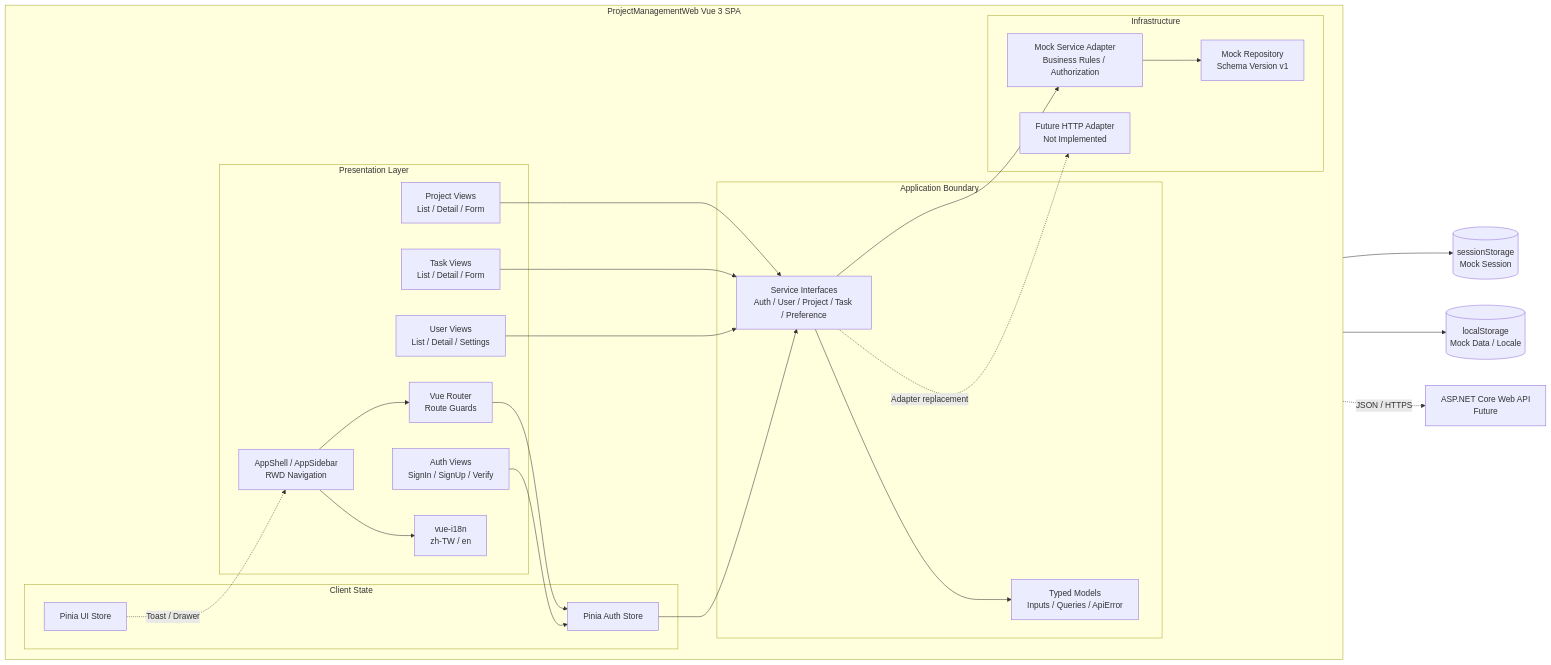
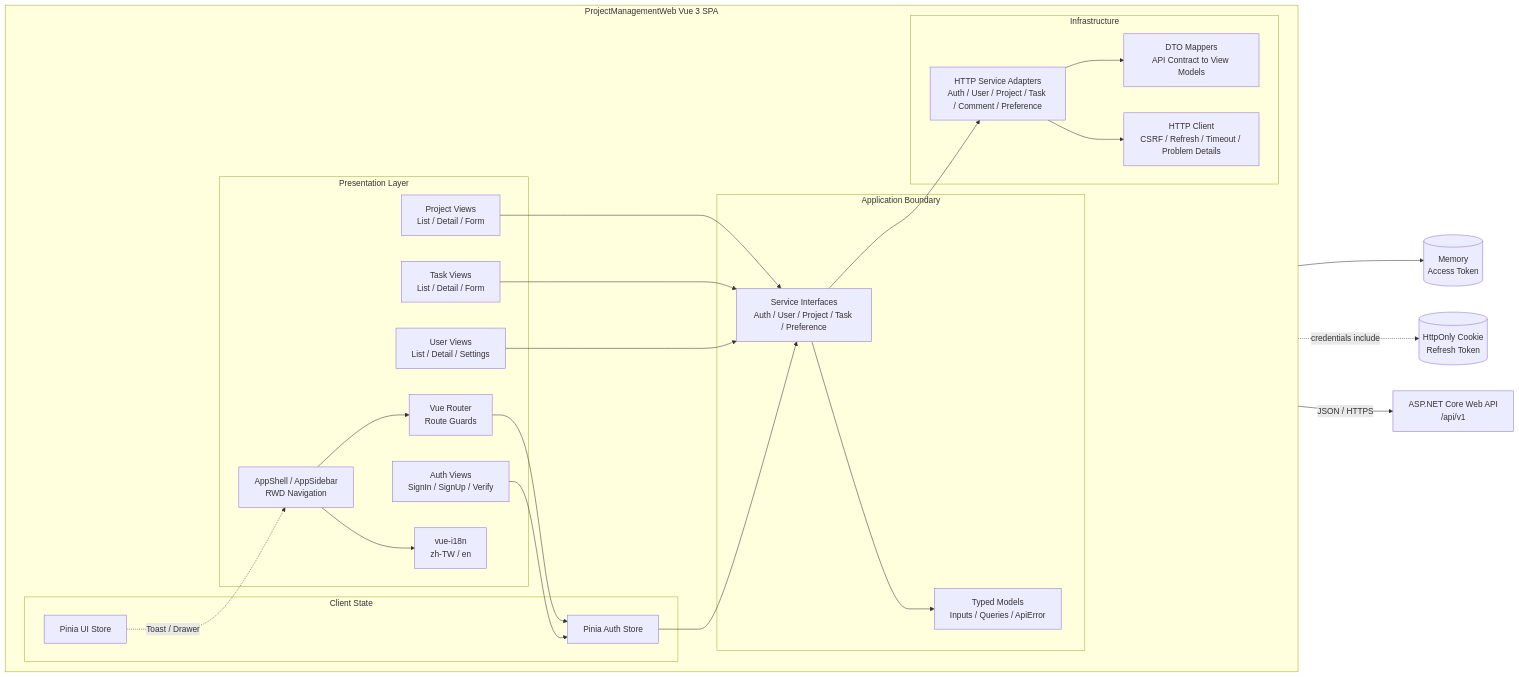
Before and after one commit to JJDing-Louis/ProjectManagementWeb_FrontEnd: the first of 3 diagrams in docs/Architecture.md, drawn with Mermaid. The commit also changed other lines of this file and 31 other files, not shown here.

````diff
--- a/docs/Architecture.md
+++ b/docs/Architecture.md
@@ -9,53 +9,53 @@
 ```mermaid
 flowchart LR
     subgraph SPA[ProjectManagementWeb Vue 3 SPA]
         direction LR
 
         subgraph Presentation[Presentation Layer]
             AuthViews[Auth Views<br/>SignIn / SignUp / Verify]
             ProjectViews[Project Views<br/>List / Detail / Form]
             TaskViews[Task Views<br/>List / Detail / Form]
             UserViews[User Views<br/>List / Detail / Settings]
             Shell[AppShell / AppSidebar<br/>RWD Navigation]
             Router[Vue Router<br/>Route Guards]
             I18n[vue-i18n<br/>zh-TW / en]
         end
 
         subgraph ClientState[Client State]
             AuthStore[Pinia Auth Store]
             UiStore[Pinia UI Store]
         end
 
         subgraph ApplicationBoundary[Application Boundary]
             Contracts[Service Interfaces<br/>Auth / User / Project / Task / Preference]
             Models[Typed Models<br/>Inputs / Queries / ApiError]
         end
 
         subgraph Infrastructure[Infrastructure]
-            MockAdapter[Mock Service Adapter<br/>Business Rules / Authorization]
-            MockRepository[Mock Repository<br/>Schema Version v1]
-            FutureHttp[Future HTTP Adapter<br/>Not Implemented]
+            HttpAdapter[HTTP Service Adapters<br/>Auth / User / Project / Task / Comment / Preference]
+            HttpClient[HTTP Client<br/>CSRF / Refresh / Timeout / Problem Details]
+            Mapper[DTO Mappers<br/>API Contract to View Models]
         end
     end
 
-    Session[(sessionStorage<br/>Mock Session)]
-    Local[(localStorage<br/>Mock Data / Locale)]
-    Backend[ASP.NET Core Web API<br/>Future]
+    Memory[(Memory<br/>Access Token)]
+    Cookie[(HttpOnly Cookie<br/>Refresh Token)]
+    Backend[ASP.NET Core Web API<br/>/api/v1]
 
     Shell --> Router
     Router --> AuthStore
     AuthViews --> AuthStore
     ProjectViews --> Contracts
     TaskViews --> Contracts
     UserViews --> Contracts
     Shell --> I18n
     AuthStore --> Contracts
     UiStore -. Toast / Drawer .-> Shell
     Contracts --> Models
-    Contracts --> MockAdapter
-    MockAdapter --> MockRepository
-    MockRepository --> Session
-    MockRepository --> Local
-    Contracts -. Adapter replacement .-> FutureHttp
-    FutureHttp -. JSON / HTTPS .-> Backend
+    Contracts --> HttpAdapter
+    HttpAdapter --> Mapper
+    HttpAdapter --> HttpClient
+    HttpClient --> Memory
+    HttpClient -. credentials include .-> Cookie
+    HttpClient -->|JSON / HTTPS| Backend
 ```
````
